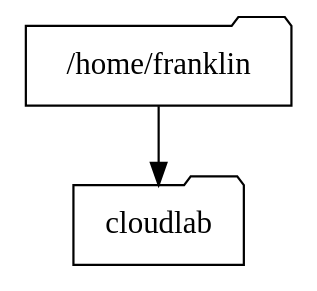
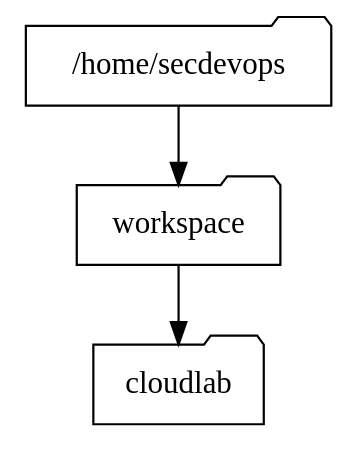
One commit to ajcborges/devsecops-tactical-workbook changed the second of 2 diagrams in docs/_source/revision.rst. Above: the diagram before and after it, drawn with Graphviz. The commit also changed other lines of this file and 18 other files, not shown here.

```diff
--- a/docs/_source/revision.rst
+++ b/docs/_source/revision.rst
@@ -44,9 +88,11 @@
 .. graphviz::
    :caption: Project Directory
    :align: center
 
    digraph folders {
-      "/home/franklin" [shape=folder];
+      "/home/secdevops" [shape=folder];
+      "workspace" [shape=folder];
       "cloudlab" [shape=folder];
-      "/home/franklin" -> "cloudlab";
+      "/home/secdevops" -> "workspace";
+      "workspace" -> "cloudlab";
    }
```
